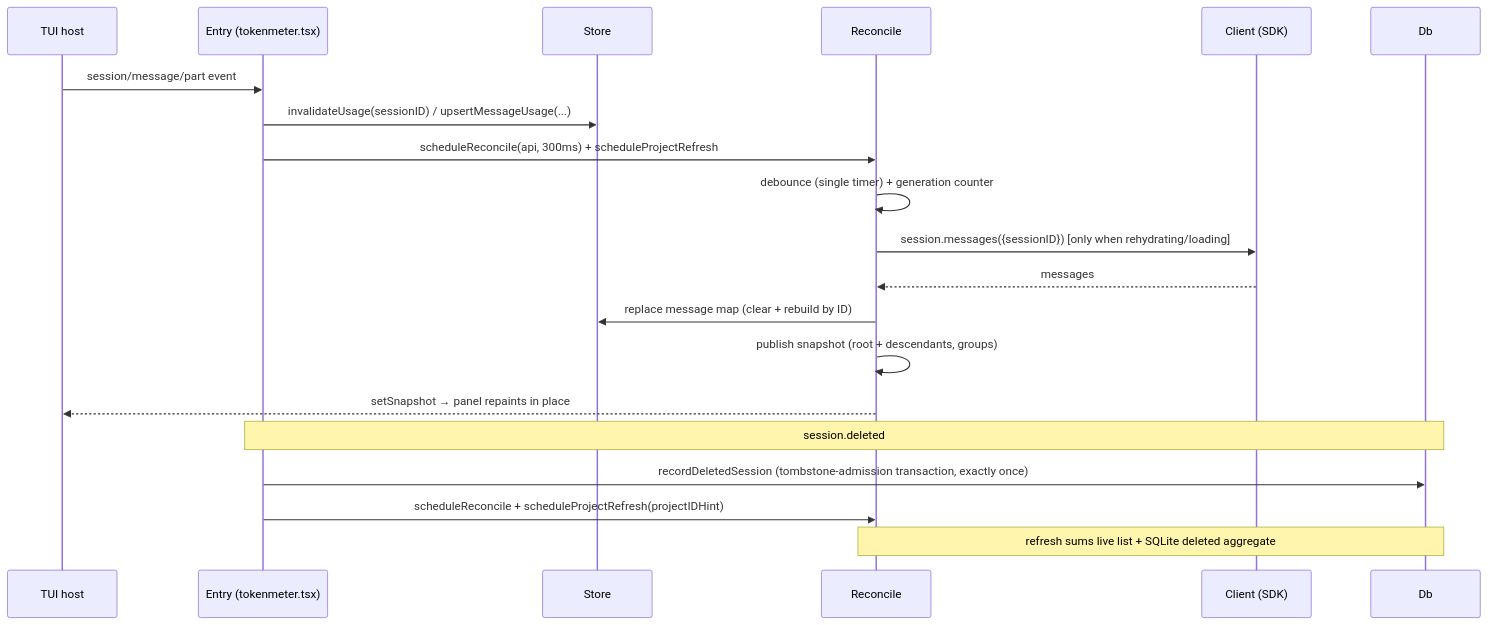
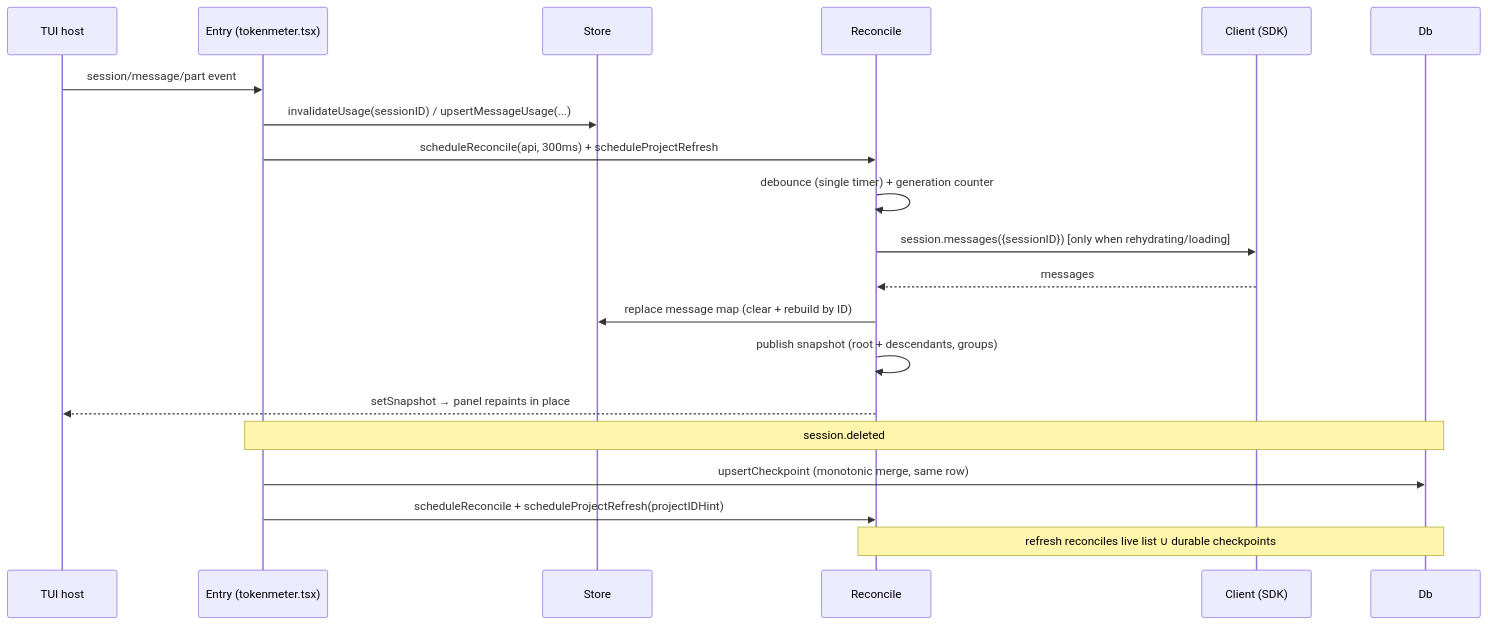
The second of 3 diagrams in ARCHITECTURE.md (jonasotoaguilar/opencode-tokenmeter), drawn with Mermaid before and after one commit. The commit also changed other lines of this file, not shown here.

Commit message:
docs(architecture): describe durable per-session checkpoints and OS data directory

````diff
--- a/ARCHITECTURE.md
+++ b/ARCHITECTURE.md
@@ -84,23 +84,23 @@
 ```mermaid
 sequenceDiagram
     participant H as TUI host
     participant E as Entry (tokenmeter.tsx)
     participant S as Store
     participant R as Reconcile
     participant C as Client (SDK)
 
     H->>E: session/message/part event
     E->>S: invalidateUsage(sessionID) / upsertMessageUsage(...)
     E->>R: scheduleReconcile(api, 300ms) + scheduleProjectRefresh
     R->>R: debounce (single timer) + generation counter
     R->>C: session.messages({sessionID}) [only when rehydrating/loading]
     C-->>R: messages
     R->>S: replace message map (clear + rebuild by ID)
     R->>R: publish snapshot (root + descendants, groups)
     R-->>H: setSnapshot → panel repaints in place
 
     Note over E,Db: session.deleted
-    E->>Db: recordDeletedSession (tombstone-admission transaction, exactly once)
+    E->>Db: upsertCheckpoint (monotonic merge, same row)
     E->>R: scheduleReconcile + scheduleProjectRefresh(projectIDHint)
-    Note over R,Db: refresh sums live list + SQLite deleted aggregate
+    Note over R,Db: refresh reconciles live list ∪ durable checkpoints
 ```
````
